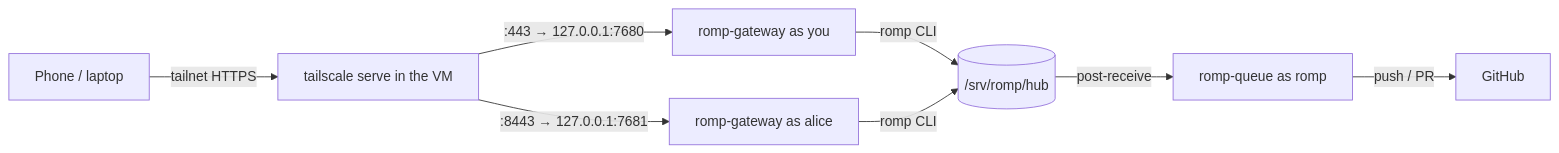
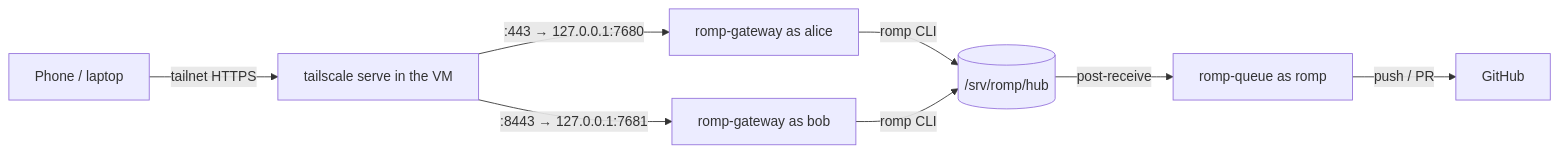
Before and after one commit to 3thanjmac/ROMP: the diagram in docs/deploy.md, drawn with Mermaid. The commit also changed other lines of this file and 25 other files, not shown here.

````diff
--- a/docs/deploy.md
+++ b/docs/deploy.md
@@ -5,9 +5,9 @@
 ```mermaid
 flowchart LR
   P[Phone / laptop] -->|tailnet HTTPS| TS[tailscale serve in the VM]
-  TS -->|:443 → 127.0.0.1:7680| G1[romp-gateway as you]
-  TS -->|:8443 → 127.0.0.1:7681| G2[romp-gateway as alice]
+  TS -->|:443 → 127.0.0.1:7680| G1[romp-gateway as alice]
+  TS -->|:8443 → 127.0.0.1:7681| G2[romp-gateway as bob]
   G1 & G2 -->|romp CLI| HUB[(/srv/romp/hub)]
   HUB -->|post-receive| Q[romp-queue as romp]
   Q -->|push / PR| GH[GitHub]
 ```
````
